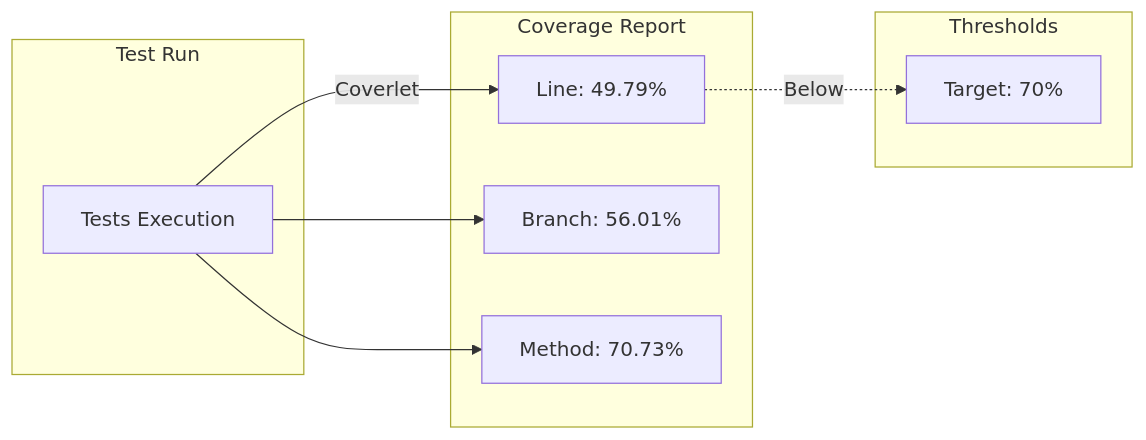
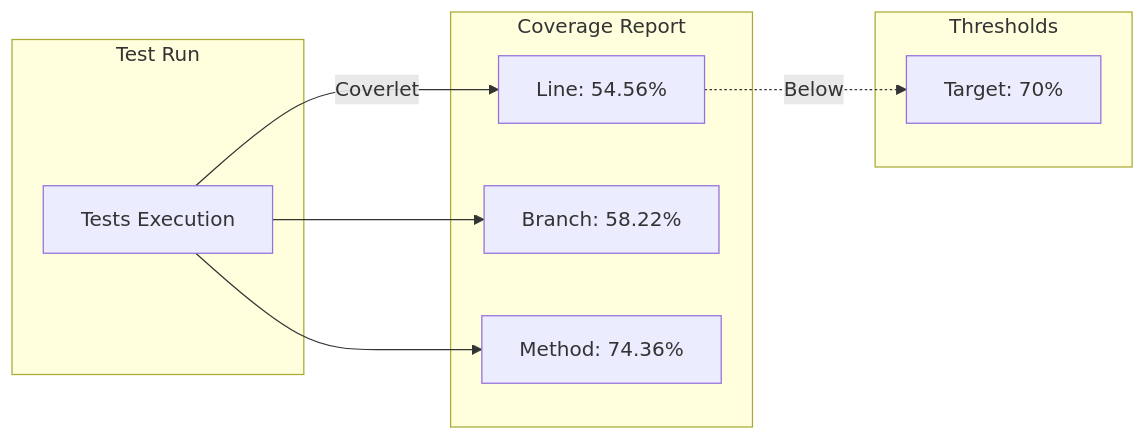
One commit to joseluisgs/TiendaDawApi-NetCore changed the diagram in doc/15-code-coverage-coverlet.md. Above: the diagram before and after it, drawn with Mermaid. The commit also changed other lines of this file and 3 other files, not shown here.

````diff
--- a/doc/15-code-coverage-coverlet.md
+++ b/doc/15-code-coverage-coverlet.md
@@ -9,21 +9,21 @@
 ```mermaid
 flowchart LR
     subgraph "Test Run"
         T[Tests Execution]
     end
     
     subgraph "Coverage Report"
-        L["Line: 49.79%"]
-        B["Branch: 56.01%"]
-        M["Method: 70.73%"]
+        L["Line: 54.56%"]
+        B["Branch: 58.22%"]
+        M["Method: 74.36%"]
     end
     
     subgraph "Thresholds"
         A[Target: 70%]
     end
     
     T -->|Coverlet| L
     T --> B
     T --> M
     L -.->|Below| A
 ```
````
